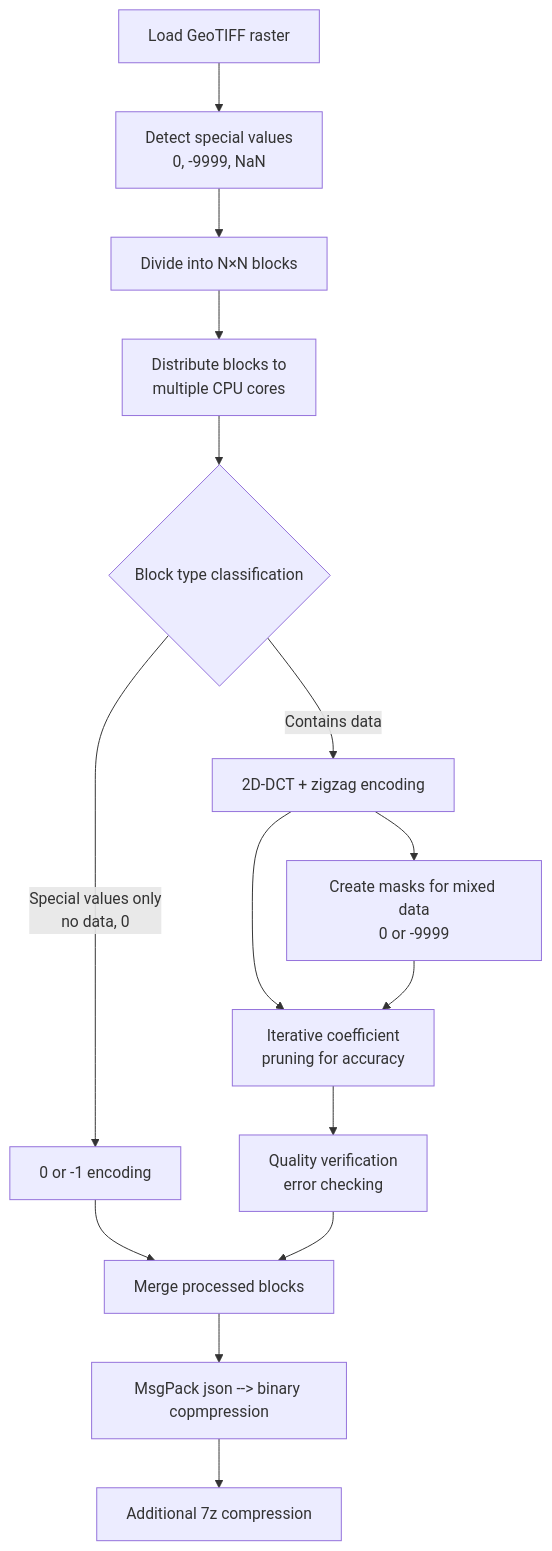
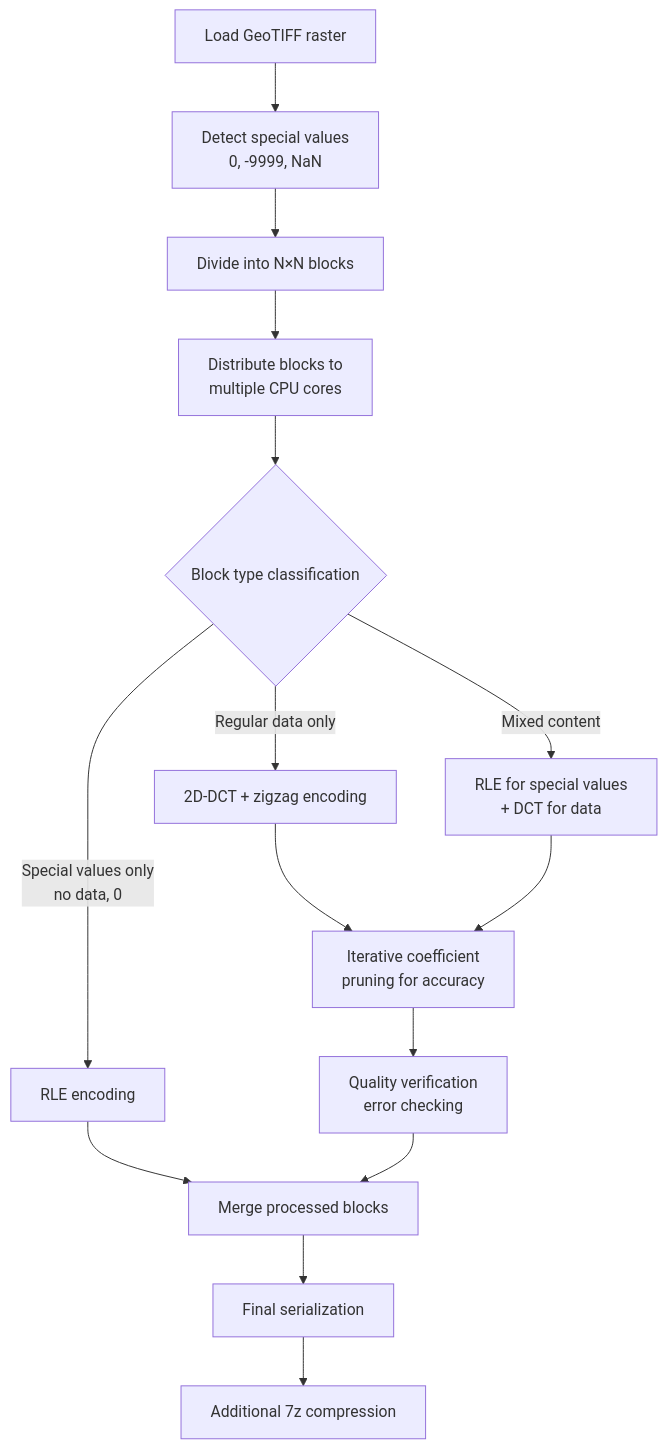
The second of 2 diagrams in README.md (ZSIP/FIDWaC), drawn with Mermaid before and after one commit.

````diff
--- a/README.md
+++ b/README.md
@@ -197,17 +197,17 @@
 ```mermaid
 graph TB
     A[Load GeoTIFF raster] --> B[Detect special values<br>0, -9999, NaN]
     B --> C[Divide into N×N blocks]
     C --> D[Distribute blocks to<br>multiple CPU cores]
     D --> E{Block type classification}
-    E -->|Special values only <br> no data, 0 | F1[0 or -1 encoding]
-    E -->|Contains data| F2[2D-DCT + zigzag encoding]
-    F2 --> G[Iterative coefficient<br>pruning for accuracy]
+    E -->|Special values only<br>no data, 0| F1[RLE encoding]
+    E -->|Mixed content| F2[RLE for special values<br>+ DCT for data]
+    E -->|Regular data only| F3[2D-DCT + zigzag encoding]
+    F3 --> G[Iterative coefficient<br>pruning for accuracy]
+    F2 --> G
     G --> H[Quality verification<br>error checking]
     F1 --> I[Merge processed blocks]
     H --> I
-    I --> J[MsgPack json --> binary copmpression]
+    I --> J[Final serialization]
     J --> K[Additional 7z compression]
-    F2 --> L[Create masks for mixed data<br>0 or -9999]
-    L --> G
 ```
````
